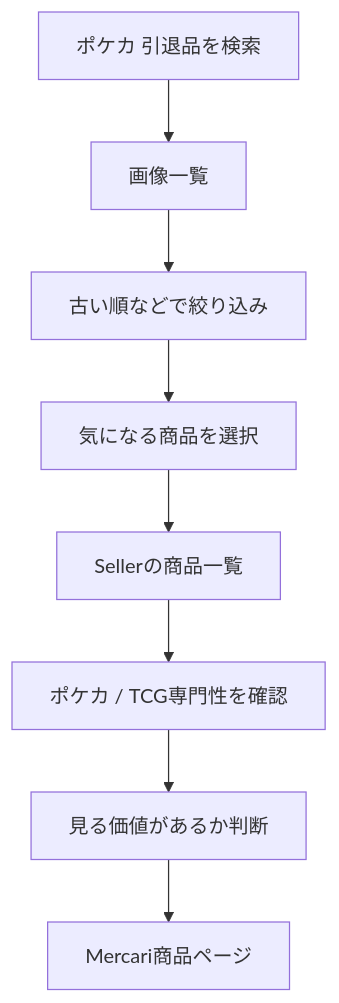
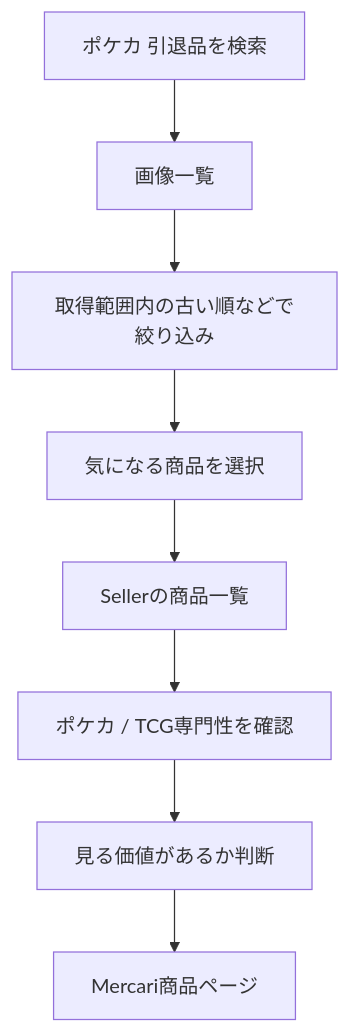
The third of 3 diagrams in docs/todo.md (mgmaru/card-digger), drawn with Mermaid before and after one commit. The commit also changed other lines of this file and 4 other files, not shown here.

````diff
--- a/docs/todo.md
+++ b/docs/todo.md
@@ -597,10 +615,10 @@
 ```mermaid
 flowchart TD
     A[ポケカ 引退品を検索] --> B[画像一覧]
-    B --> C[古い順などで絞り込み]
+    B --> C[取得範囲内の古い順などで絞り込み]
     C --> D[気になる商品を選択]
     D --> E[Sellerの商品一覧]
     E --> F[ポケカ / TCG専門性を確認]
     F --> G[見る価値があるか判断]
     G --> H[Mercari商品ページ]
 ```
````
